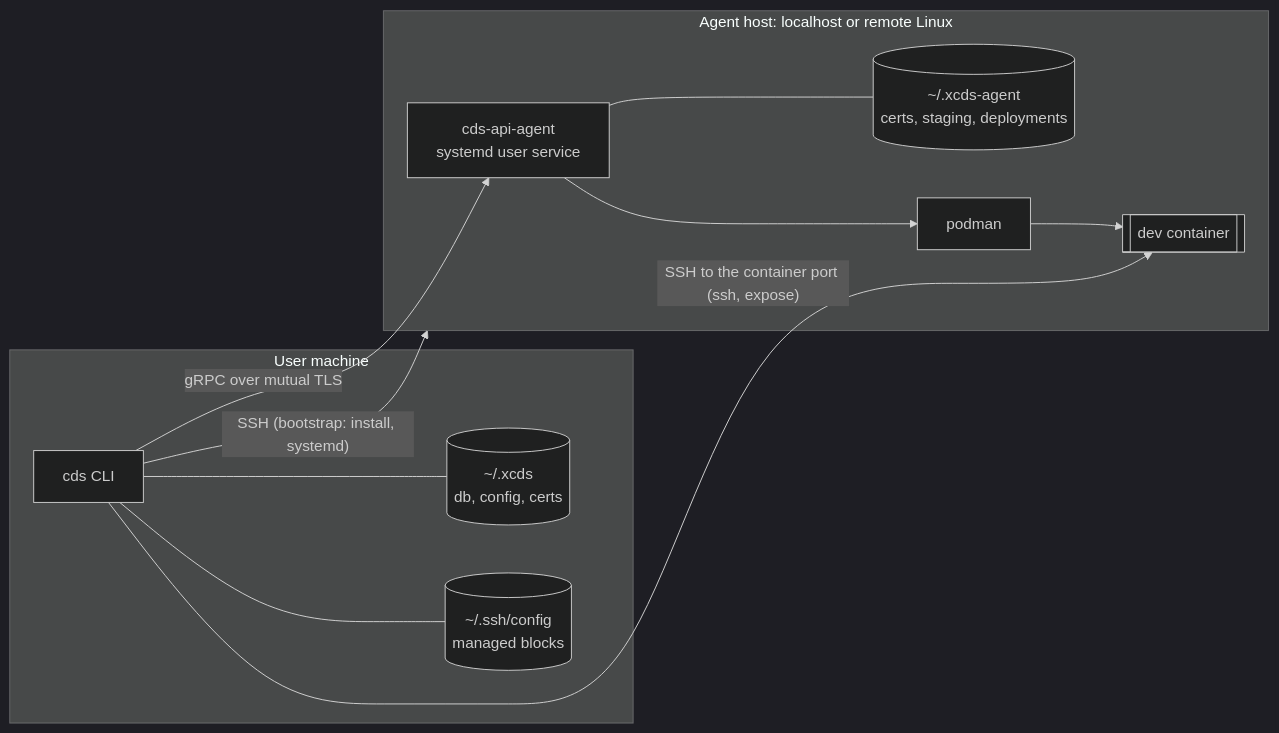
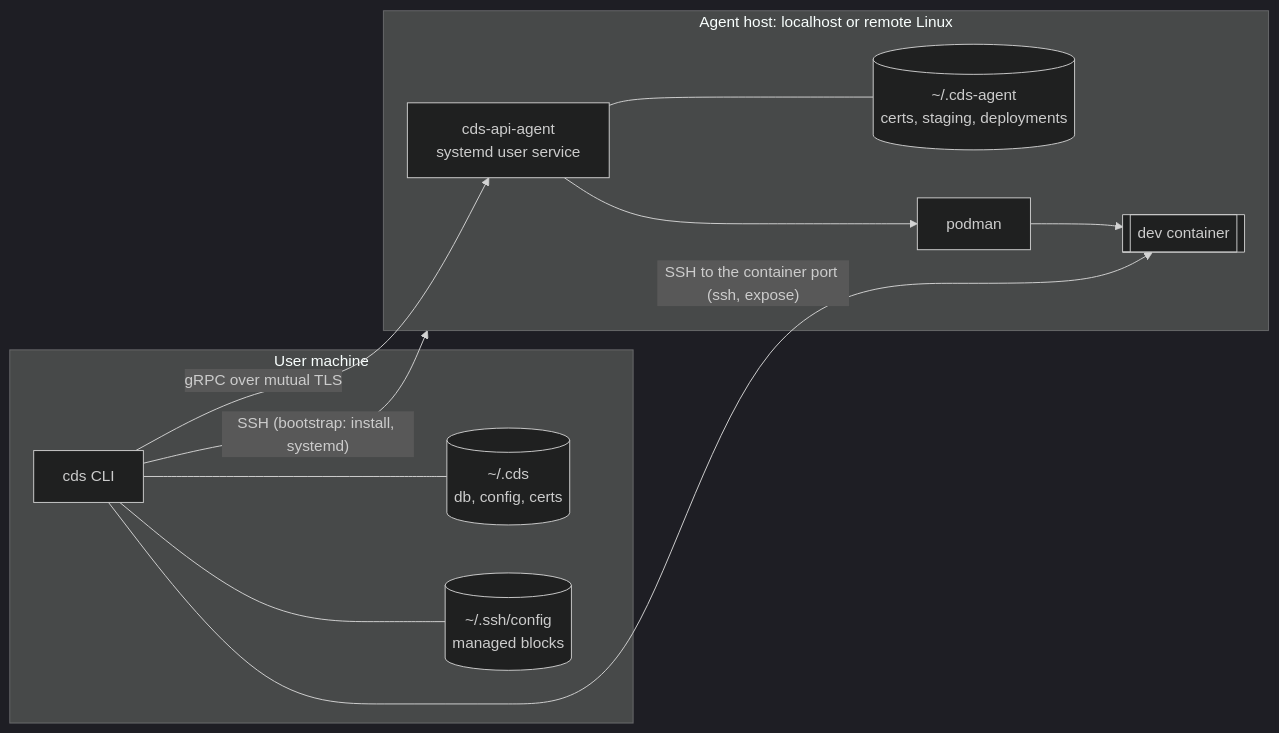
Before and after one commit to AmadeusITGroup/CDS: the first of 2 diagrams in docs/architecture.md, drawn with Mermaid (dark theme). The commit also changed other lines of this file and 17 other files, not shown here.

First line of the commit message:
refactor: rename config dirs from .xcds/.xcds-agent to .cds/.cds-agent

````diff
--- a/docs/architecture.md
+++ b/docs/architecture.md
@@ -17,21 +17,21 @@
 ```mermaid
 flowchart LR
     subgraph laptop[User machine]
         cli[cds CLI]
-        state[(~/.xcds<br/>db, config, certs)]
+        state[(~/.cds<br/>db, config, certs)]
         sshcfg[(~/.ssh/config<br/>managed blocks)]
         cli --- state
         cli --- sshcfg
     end
     subgraph host[Agent host: localhost or remote Linux]
         agent[cds-api-agent<br/>systemd user service]
-        astate[(~/.xcds-agent<br/>certs, staging, deployments)]
+        astate[(~/.cds-agent<br/>certs, staging, deployments)]
         engine[podman]
         c1[[dev container]]
         agent --- astate
         agent --> engine --> c1
     end
     cli -- "gRPC over mutual TLS" --> agent
     cli -- "SSH (bootstrap: install, systemd)" --> host
     cli -- "SSH to the container port (ssh, expose)" --> c1
 ```
````
